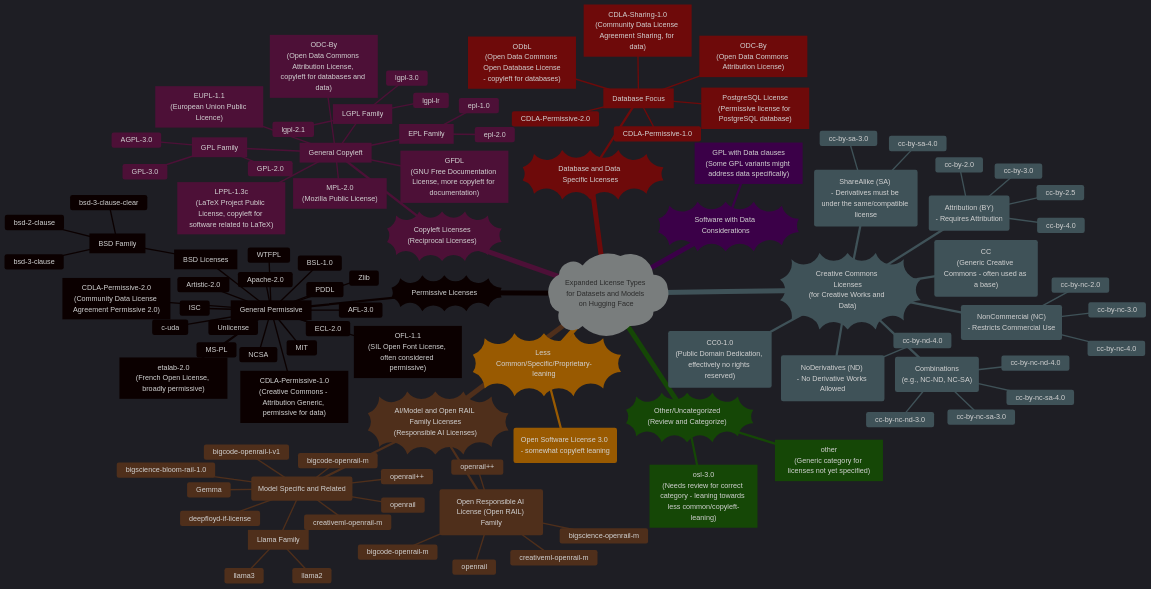
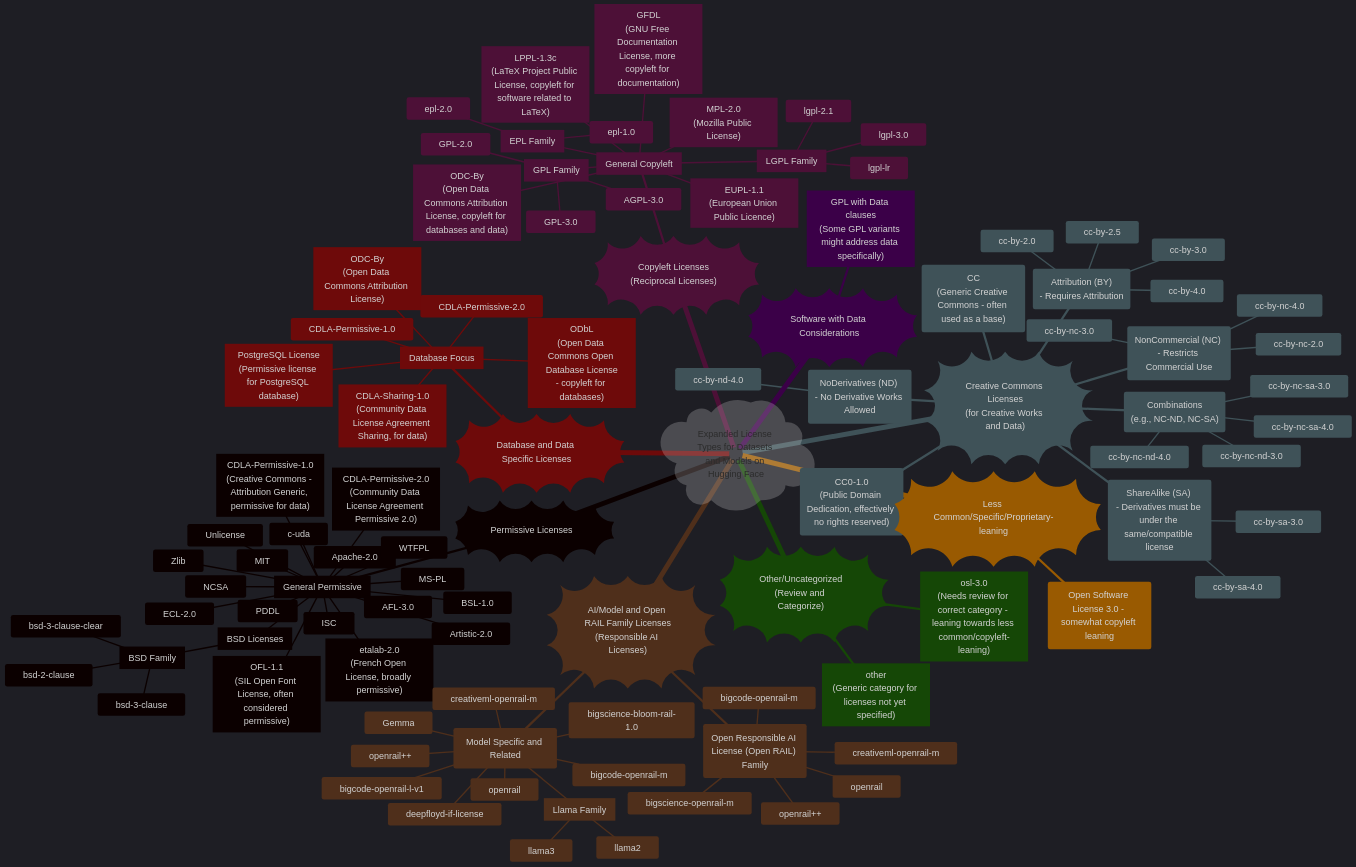
The first of 2 diagrams in Licensing_in_tech/Licensing_in_tech_expanding.md (CongLeSolutionX/iOS-development-vault), drawn with Mermaid before and after one commit.

````diff
--- a/Licensing_in_tech/Licensing_in_tech_expanding.md
+++ b/Licensing_in_tech/Licensing_in_tech_expanding.md
@@ -26,9 +26,33 @@
 ```mermaid
 ---
 title: Expanded License Types for Datasets and Models on Hugging Face
+author: "Cong Le"
+version: "1.0"
+license(s): "MIT, CC BY 4.0"
+copyright: "Copyright (c) 2025 Cong Le. All Rights Reserved."
 config:
   theme: dark
 ---
+%%%%%%%% Mermaid version v11.4.1-b.14
+%%{
+  init: {
+    'fontFamily': 'M Mermaid Monogram',
+    'logLevel': 'fatal',
+    'mindmap': {
+	    'nodeAlign': 'center',
+	    'padding': 20
+    },
+    'themeVariables': {
+      'primaryColor': '#FC82',
+      'primaryTextColor': '#F8B229',
+      'primaryBorderColor': '#27AE60',
+      'secondaryColor': '#EBF3',
+      'secondaryTextColor': '#6C3483',
+      'secondaryBorderColor': '#A569BD',
+      'fontSize': '20px'
+    }
+  }
+}%%
 mindmap
   root)"Expanded License Types for Datasets and Models on Hugging Face"(
 
````
